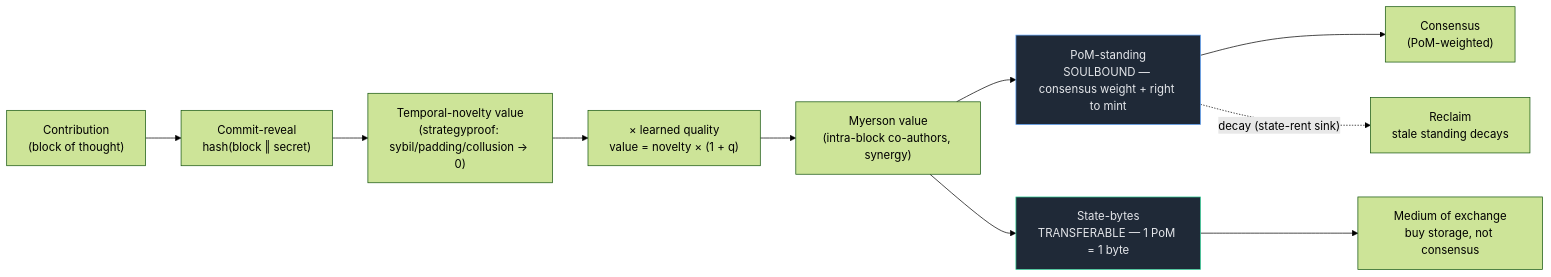
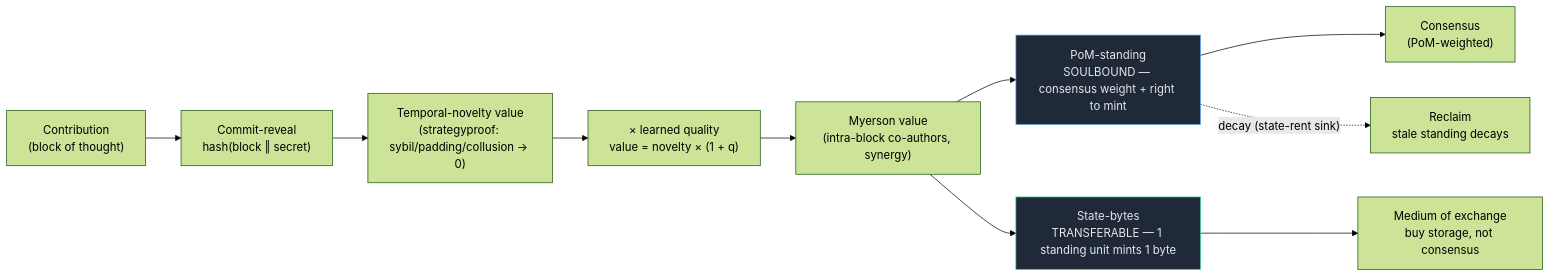
The first of 8 diagrams in docs/VISUALS.md (WGlynn/noesis), drawn with Mermaid (forest theme) before and after one commit. The commit also changed 43 other files, not shown here.

````diff
--- a/docs/VISUALS.md
+++ b/docs/VISUALS.md
@@ -13,16 +13,16 @@
 ```mermaid
 flowchart LR
   A["Contribution<br/>(block of thought)"] --> B["Commit-reveal<br/>hash(block ‖ secret)"]
   B --> C["Temporal-novelty value<br/>(strategyproof: sybil/padding/collusion → 0)"]
   C --> D["× learned quality<br/>value = novelty × (1 + q)"]
   D --> E["Myerson value<br/>(intra-block co-authors, synergy)"]
   E --> F["PoM-standing<br/>SOULBOUND — consensus weight + right to mint"]
-  E --> G["State-bytes<br/>TRANSFERABLE — 1 PoM = 1 byte"]
+  E --> G["State-bytes<br/>TRANSFERABLE — 1 standing unit mints 1 byte"]
   F --> H["Consensus<br/>(PoM-weighted)"]
   G --> I["Medium of exchange<br/>buy storage, not consensus"]
   F -.decay (state-rent sink).-> J["Reclaim<br/>stale standing decays"]
   classDef sb fill:#1f2937,stroke:#60a5fa,color:#e5e7eb;
   classDef tr fill:#1f2937,stroke:#34d399,color:#e5e7eb;
   class F sb
   class G tr
 ```
````
